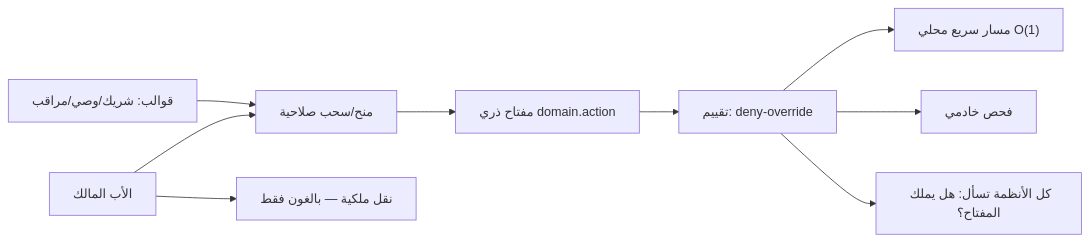
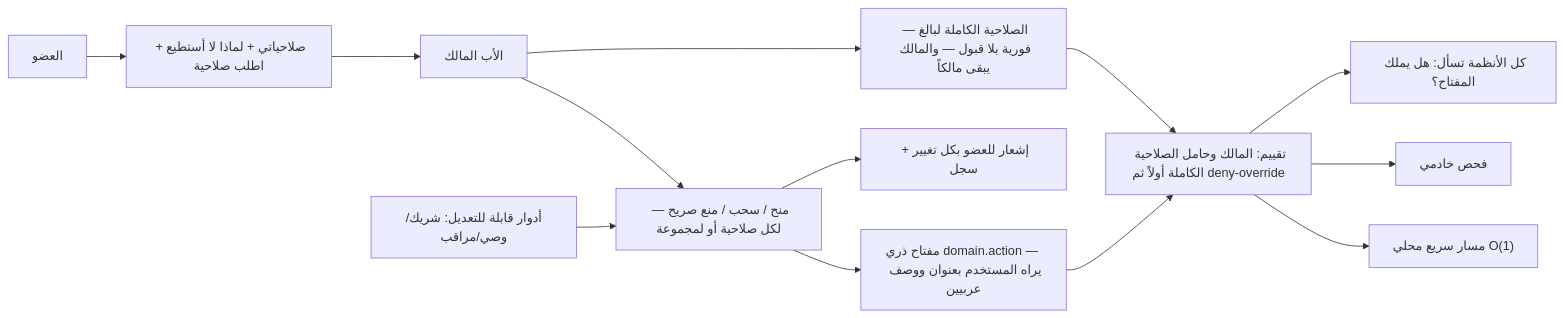
The first of 8 diagrams in docs/family-os/governance/phases/phase-1/S1-03-family-roles-and-permissions/SPEC.md (Bassam-mohammed-alqaeadi/family-os-v2), drawn with Mermaid before and after one commit. The commit also changed other lines of this file and 13 other files, not shown here.

````diff
--- a/docs/family-os/governance/phases/phase-1/S1-03-family-roles-and-permissions/SPEC.md
+++ b/docs/family-os/governance/phases/phase-1/S1-03-family-roles-and-permissions/SPEC.md
@@ -14,11 +14,15 @@
 ```mermaid
 flowchart LR
-    Father[الأب المالك] --> Grant[منح/سحب صلاحية]
-    Template[قوالب: شريك/وصي/مراقب] --> Grant
-    Grant --> Key[مفتاح ذري domain.action]
-    Key --> Eval[تقييم: deny-override]
+    Father[الأب المالك] --> Grant[منح / سحب / منع صريح — لكل صلاحية أو لمجموعة]
+    Template[أدوار قابلة للتعديل: شريك/وصي/مراقب] --> Grant
+    Grant --> Key[مفتاح ذري domain.action — يراه المستخدم بعنوان ووصف عربيين]
+    Grant --> Notify[إشعار للعضو بكل تغيير + سجل]
+    Key --> Eval[تقييم: المالك وحامل الصلاحية الكاملة أولاً ثم deny-override]
     Eval --> Fast["مسار سريع محلي O(1)"]
     Eval --> Server[فحص خادمي]
-    Father --> Transfer[نقل ملكية — بالغون فقط]
+    Father --> Full[الصلاحية الكاملة لبالغ — فورية بلا قبول — والمالك يبقى مالكاً]
+    Full --> Eval
+    Member[العضو] --> Mine[صلاحياتي + لماذا لا أستطيع + اطلب صلاحية]
+    Mine --> Father
     Eval --> Systems[كل الأنظمة تسأل: هل يملك المفتاح؟]
 ```
````
